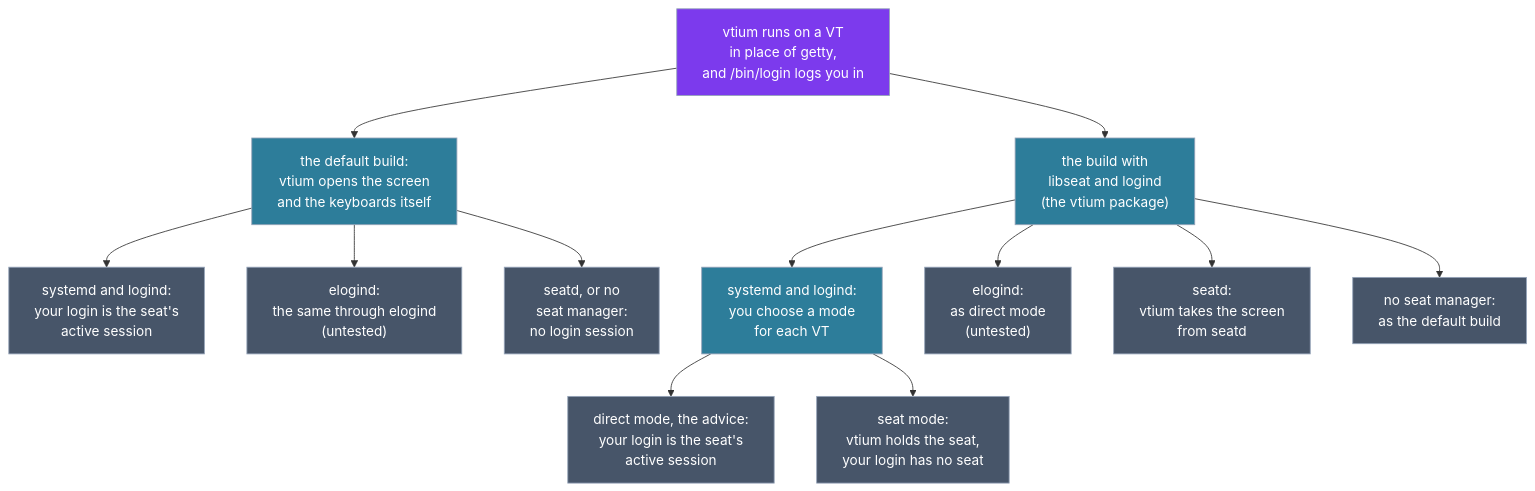
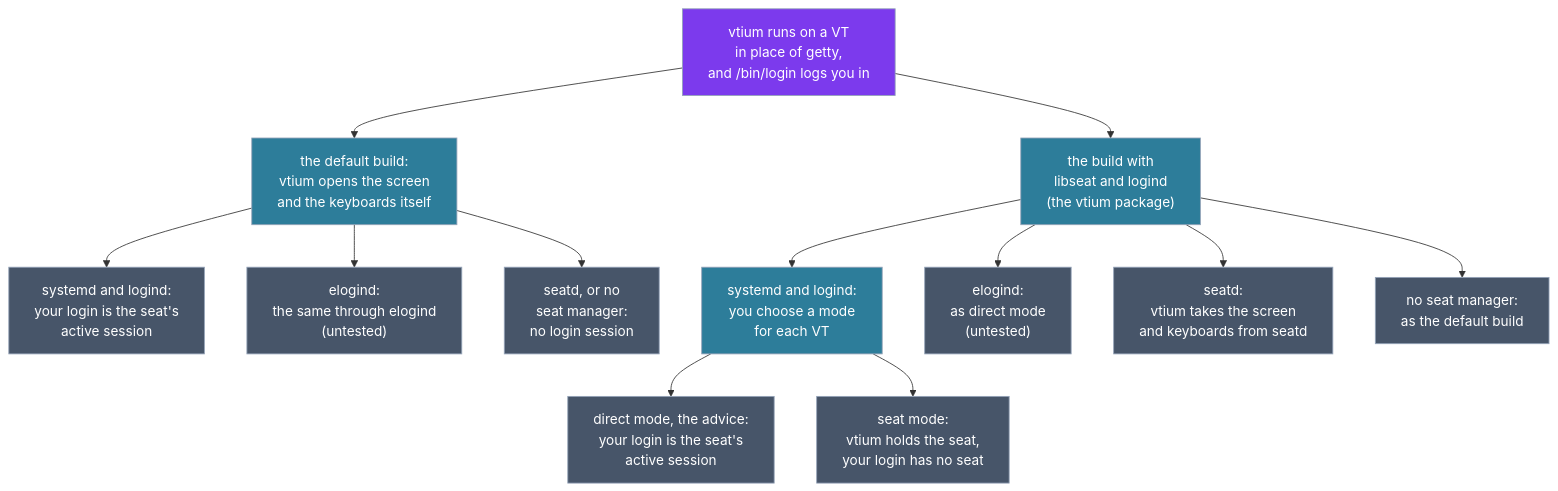
The diagram in docs/concepts/seats-and-sessions.md (vtium/vtium), drawn with Mermaid before and after one commit. The commit also changed other lines of this file and 1 other file, not shown here.

````diff
--- a/docs/concepts/seats-and-sessions.md
+++ b/docs/concepts/seats-and-sessions.md
@@ -7,21 +7,21 @@
 ```mermaid
 flowchart TD
     ROOT["vtium runs on a VT<br>in place of getty,<br>and /bin/login logs you in"]
     ROOT --> DEF["the default build:<br>vtium opens the screen<br>and the keyboards itself"]
     ROOT --> LS["the build with<br>libseat and logind<br>(the vtium package)"]
     DEF --> DSD["systemd and logind:<br>your login is the seat's<br>active session"]
     DEF --> DEL["elogind:<br>the same through elogind<br>(untested)"]
     DEF --> DNO["seatd, or no<br>seat manager:<br>no login session"]
     LS --> LSD["systemd and logind:<br>you choose a mode<br>for each VT"]
     LS --> LEL["elogind:<br>as direct mode<br>(untested)"]
-    LS --> LSE["seatd:<br>vtium takes the screen<br>from seatd"]
+    LS --> LSE["seatd:<br>vtium takes the screen<br>and keyboards from seatd"]
     LS --> LNO["no seat manager:<br>as the default build"]
     LSD --> DIR["direct mode, the advice:<br>your login is the seat's<br>active session"]
     LSD --> SEAT["seat mode:<br>vtium holds the seat,<br>your login has no seat"]
     classDef root fill:#7c3aed,color:#ffffff,stroke:#94a3b8
     classDef fork fill:#2d7d9a,color:#ffffff,stroke:#94a3b8
     classDef leaf fill:#475569,color:#ffffff,stroke:#94a3b8
     class ROOT root
     class DEF,LS,LSD fork
     class DSD,DEL,DNO,LEL,LSE,LNO,DIR,SEAT leaf
 ```
````
